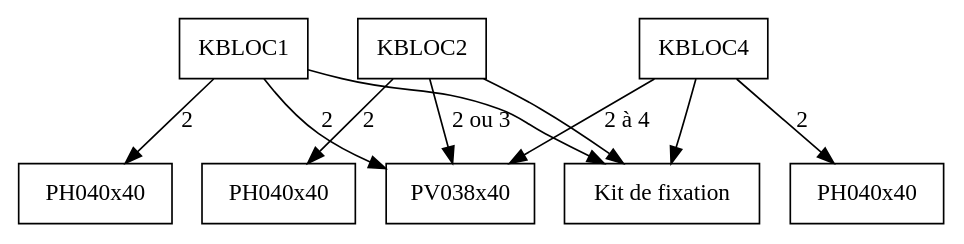
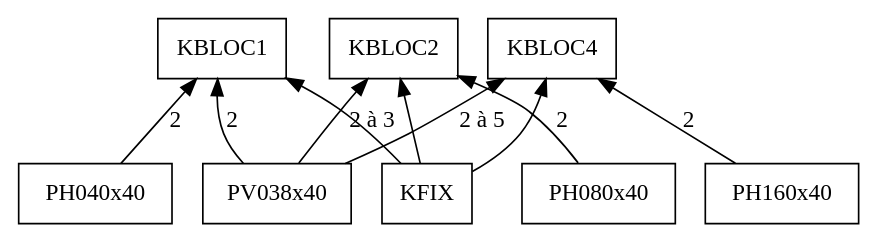
Before and after one commit to padenot/OGP: the diagram in nomenclature/src/bloc.dot, drawn with Graphviz. The commit also changed other lines of this file and 10 other files, not shown here.

```diff
--- a/nomenclature/src/bloc.dot
+++ b/nomenclature/src/bloc.dot
@@ -1,32 +1,33 @@
 digraph
 {
+	rankdir=BT
 // Noeuds --------------------------------------------------
 	node[shape=box]
 
 	// Produits finis
-	blocX1 [label="KBLOC1"]
-	blocX2 [label="KBLOC2"]
-	blocX4 [label="KBLOC4"]
+	KBLOC1 //[label="Kit bloc simple"]
+	KBLOC2 //[label="Kit bloc double"]
+	KBLOC4 //[label="Kit bloc quadruple"]
 
 	// Planches
-	plancheT3 [label="PH040x40"]
-	plancheT2 [label="PH040x40"]
-	plancheT1 [label="PH040x40"]
-	plancheT0 [label="PV038x40"]
+	PH160x40 //[label="Planche horizontale 160x40cm"]
+	PH080x40 //[label="Planche horizontale 80x40cm"]
+	PH040x40 //[label="Planche horizontale 40x40cm"]
+	PV038x40 //[label="Planche verticale 38x40cm"]
 
 	// Fixations
-	kitFixations [label="Kit de fixation"]
+	KFIX //[label="Kit de fixation"]
 
 // Arcs --------------------------------------------------
-	blocX1 -> plancheT0 [label="2"]
-	blocX1 -> plancheT1 [label="2"]
-	blocX1 -> kitFixations
+	PV038x40	-> KBLOC1 [label="2"]
+	PH040x40	-> KBLOC1 [label="2"]
+	KFIX		-> KBLOC1
 
-	blocX2 -> plancheT0 [label="2 ou 3"]
-	blocX2 -> plancheT2 [label="2"]
-	blocX2 -> kitFixations
+	PV038x40	-> KBLOC2 [label="2 à 3"]
+	PH080x40	-> KBLOC2 [label="2"]
+	KFIX		-> KBLOC2
 
-	blocX4 -> plancheT0 [label="2 à 4"]
-	blocX4 -> plancheT3 [label="2"]
-	blocX4 -> kitFixations
+	PV038x40	-> KBLOC4 [label="2 à 5"]
+	PH160x40	-> KBLOC4 [label="2"]
+	KFIX		-> KBLOC4
 }
```
